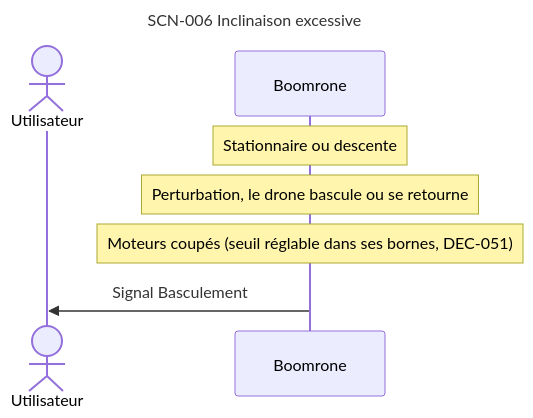
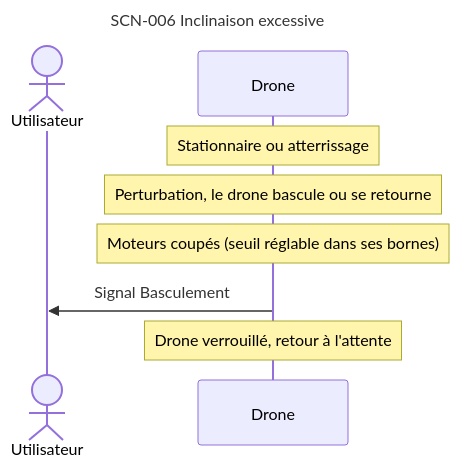
Before and after one commit to thourymatthieu-png/coworker_archi_system: the tenth of 15 diagrams in projets/boomrone/00-scenarios.md, drawn with Mermaid. The commit also changed other lines of this file and 5 other files, not shown here.

Commit message:
Boomrone : diagrammes d'ensemble scindés (a, b, c), glossaire, relectures de porte, DEC-083 à DEC-086, doutes DOU-085 à DOU-090

````diff
--- a/projets/boomrone/00-scenarios.md
+++ b/projets/boomrone/00-scenarios.md
@@ -332,12 +502,13 @@
 ```mermaid
 ---
 title: "SCN-006 Inclinaison excessive"
 ---
 sequenceDiagram
     actor U as Utilisateur
-    participant D as Boomrone
-    Note over D: Stationnaire ou descente
+    participant D as Drone
+    Note over D: Stationnaire ou atterrissage
     Note over D: Perturbation, le drone bascule ou se retourne
-    Note over D: Moteurs coupés (seuil réglable dans ses bornes, DEC-051)
+    Note over D: Moteurs coupés (seuil réglable dans ses bornes)
     D->>U: Signal Basculement
+    Note over D: Drone verrouillé, retour à l'attente
 ```
````
